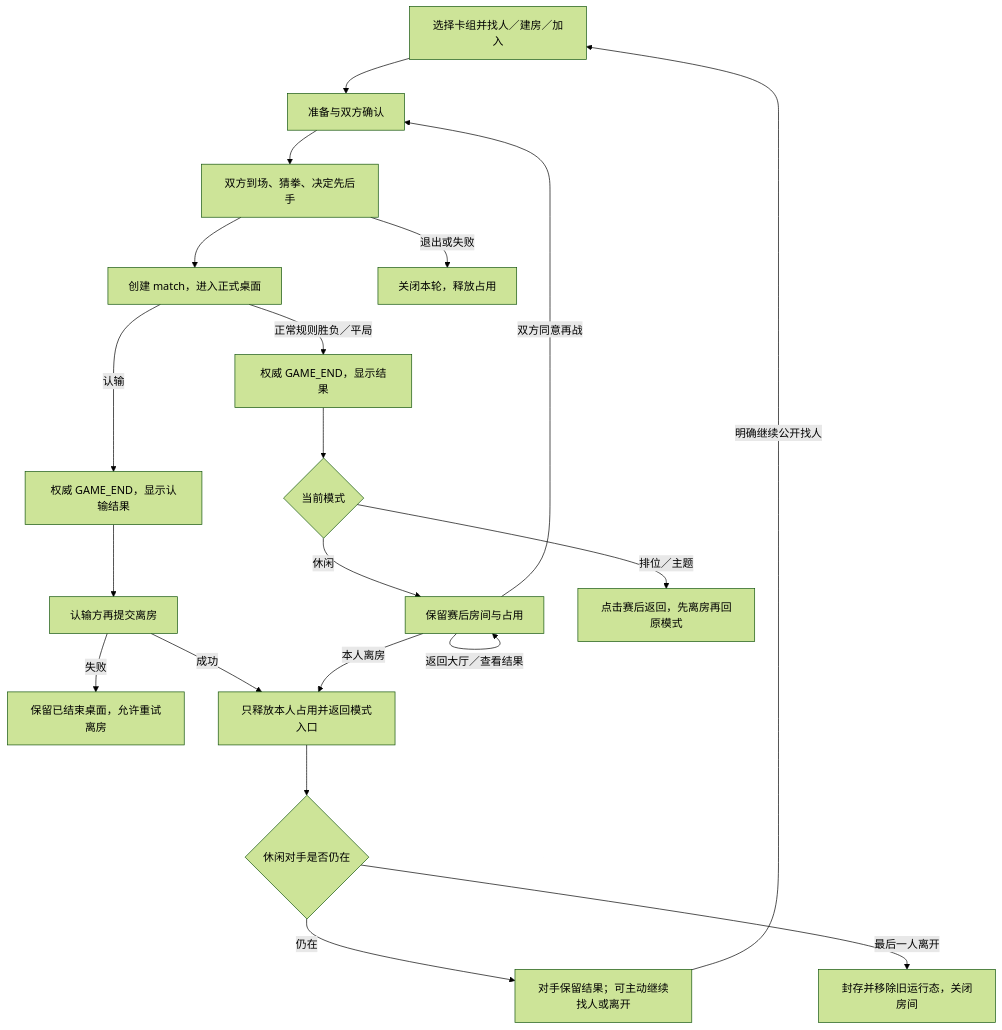
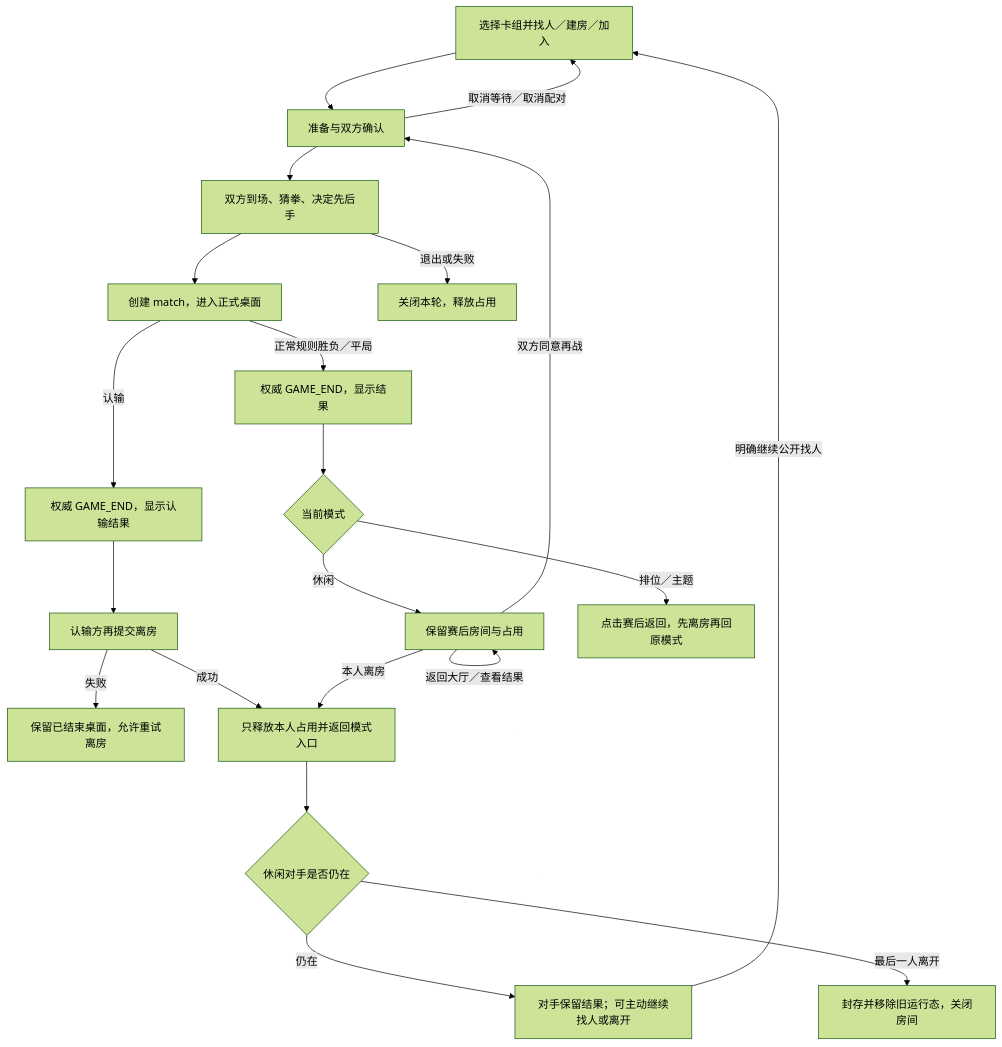
The first of 7 diagrams in docs/online-mode/room-exit-and-recovery.md (catmeow123456/loveca-dev), drawn with Mermaid (forest theme) before and after one commit.

Commit message:
docs(online): 玩家全流程图补上准备阶段的取消出口
第 2 节总览图原先只有 Prepare → Opening 一条出路，取消等待／取消配对这一主要玩家操作只出现在动作表和第 3 节状态机里，补一条回到入口的边使总览与行为一致。

````diff
--- a/docs/online-mode/room-exit-and-recovery.md
+++ b/docs/online-mode/room-exit-and-recovery.md
@@ -34,22 +34,23 @@
 ```mermaid
 flowchart TD
     Entry[选择卡组并找人／建房／加入] --> Prepare[准备与双方确认]
+    Prepare -->|取消等待／取消配对| Entry
     Prepare --> Opening[双方到场、猜拳、决定先后手]
     Opening --> Playing[创建 match，进入正式桌面]
     Opening -->|退出或失败| Failed[关闭本轮，释放占用]
     Playing -->|正常规则胜负／平局| Result[权威 GAME_END，显示结果]
     Playing -->|认输| Surrender[权威 GAME_END，显示认输结果]
     Surrender --> Leave[认输方再提交离房]
     Leave -->|失败| Retry[保留已结束桌面，允许重试离房]
     Leave -->|成功| Released[只释放本人占用并返回模式入口]
     Result --> Mode{当前模式}
     Mode -->|休闲| Casual[保留赛后房间与占用]
     Mode -->|排位／主题| Activity[点击赛后返回，先离房再回原模式]
     Casual -->|返回大厅／查看结果| Casual
     Casual -->|双方同意再战| Prepare
     Casual -->|本人离房| Released
     Released --> Other{休闲对手是否仍在}
     Other -->|仍在| Survivor[对手保留结果；可主动继续找人或离开]
     Other -->|最后一人离开| Closed[封存并移除旧运行态，关闭房间]
     Survivor -->|明确继续公开找人| Entry
 ```
````
